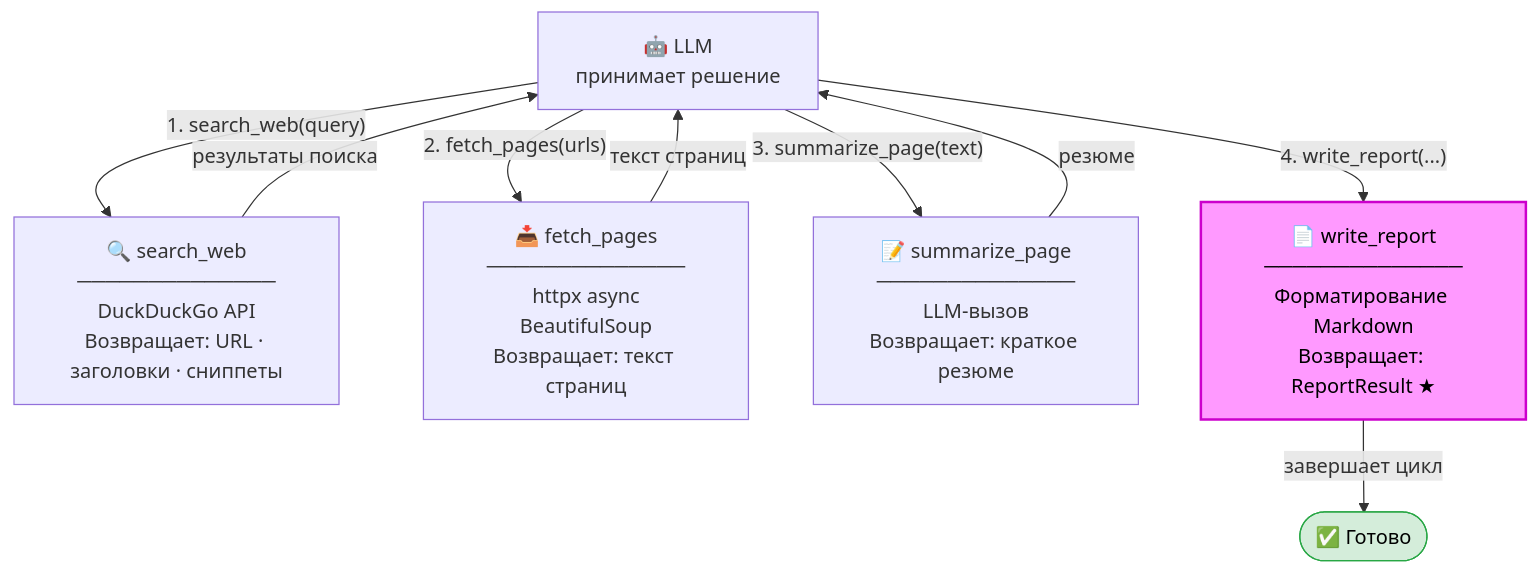
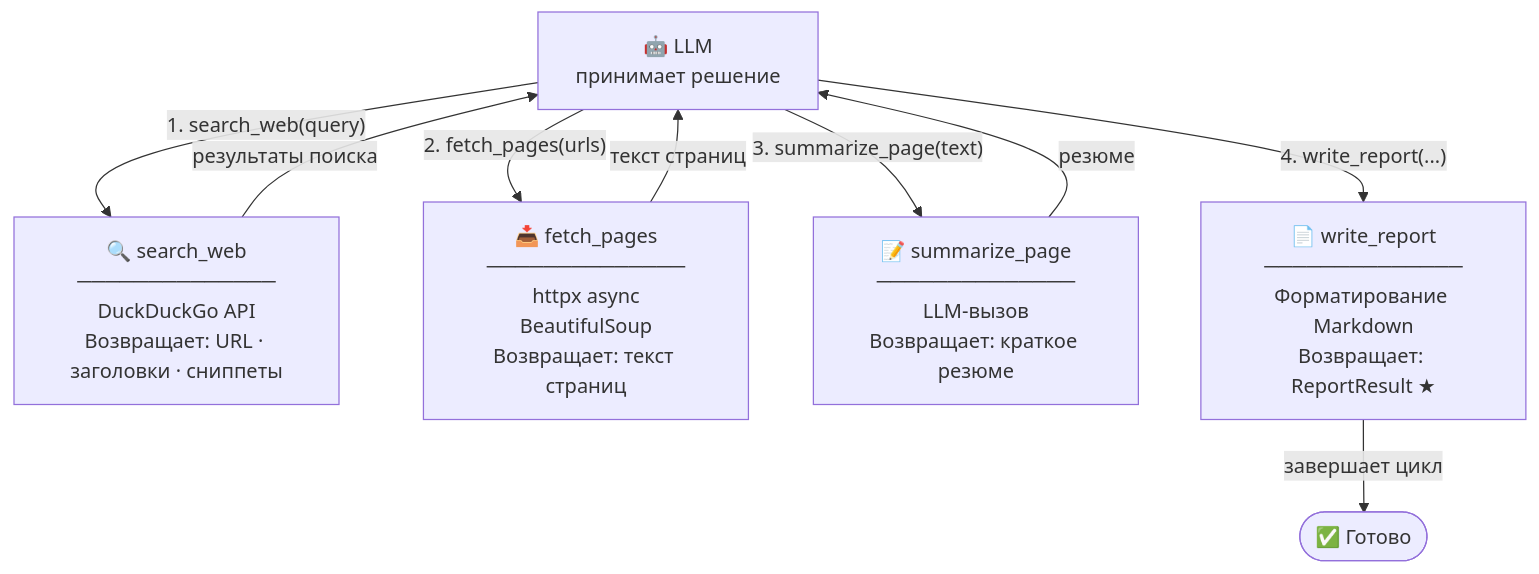
One commit to ivanshamaev/research-agent changed the second of 3 diagrams in docs/01-concepts.md. Above: the diagram before and after it, drawn with Mermaid. The commit also changed other lines of this file and 5 other files, not shown here.

First line of the commit message:
docs: remove inline style directives from all mermaid diagrams

````diff
--- a/docs/01-concepts.md
+++ b/docs/01-concepts.md
@@ -51,17 +51,15 @@
 ```mermaid
 flowchart TD
     LLM["🤖 LLM\nпринимает решение"]
 
     LLM -->|"1. search_web(query)"| S["🔍 search_web\n──────────────\nDuckDuckGo API\nВозвращает: URL · заголовки · сниппеты"]
     LLM -->|"2. fetch_pages(urls)"| F["📥 fetch_pages\n──────────────\nhttpx async\nBeautifulSoup\nВозвращает: текст страниц"]
     LLM -->|"3. summarize_page(text)"| U["📝 summarize_page\n──────────────\nLLM-вызов\nВозвращает: краткое резюме"]
     LLM -->|"4. write_report(...)"| R["📄 write_report\n──────────────\nФорматирование Markdown\nВозвращает: ReportResult ★"]
 
     S -->|результаты поиска| LLM
     F -->|текст страниц| LLM
     U -->|резюме| LLM
     R -->|завершает цикл| Done(["✅ Готово"])
 
-    style R fill:#f9f,stroke:#c0c,stroke-width:2px,color:#000
-    style Done fill:#d4edda,stroke:#28a745,color:#000
 ```
````
